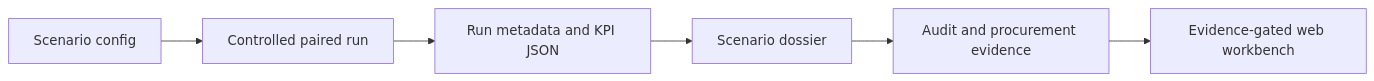
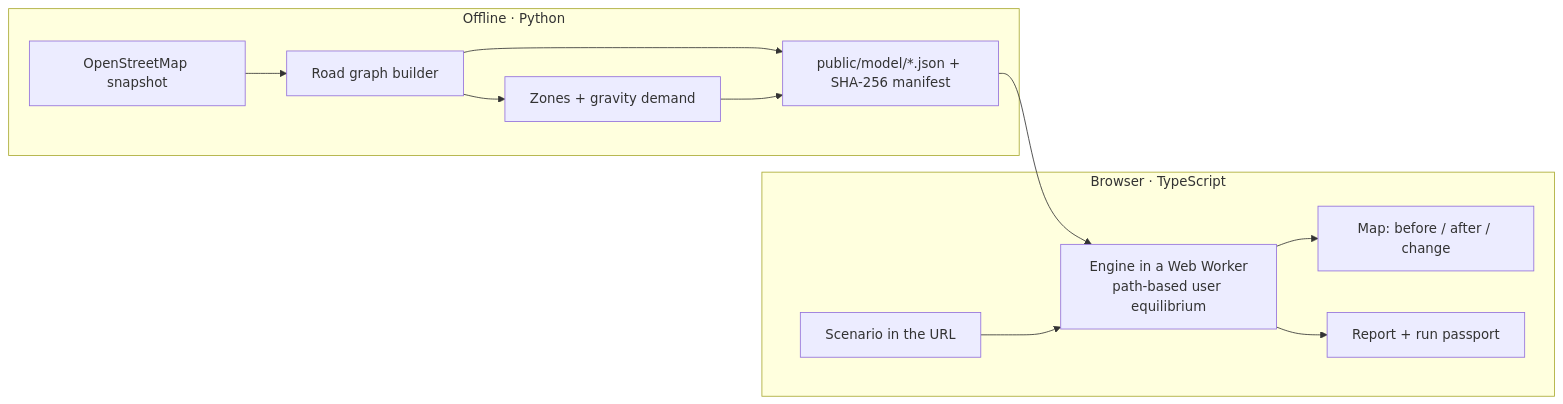
Before and after one commit to kvozianov/almaty-traffic-lab: the diagram in README.md, drawn with Mermaid. The commit also changed other lines of this file and 46 other files, not shown here.

First line of the commit message:
Prepare public release: README, CI, e2e visitor flow, archive old dossier

````diff
--- a/README.md
+++ b/README.md
@@ -15,8 +36,14 @@
 ```mermaid
 flowchart LR
-    A["Scenario config"] --> B["Controlled paired run"]
-    B --> C["Run metadata and KPI JSON"]
-    C --> D["Scenario dossier"]
-    D --> E["Audit and procurement evidence"]
-    E --> F["Evidence-gated web workbench"]
+    subgraph Offline["Offline · Python"]
+        O["OpenStreetMap snapshot"] --> G["Road graph builder"]
+        G --> D["Zones + gravity demand"]
+        G & D --> M["public/model/*.json + SHA-256 manifest"]
+    end
+    subgraph Browser["Browser · TypeScript"]
+        M --> W["Engine in a Web Worker<br/>path-based user equilibrium"]
+        S["Scenario in the URL"] --> W
+        W --> UI["Map: before / after / change"]
+        W --> R["Report + run passport"]
+    end
 ```
````
